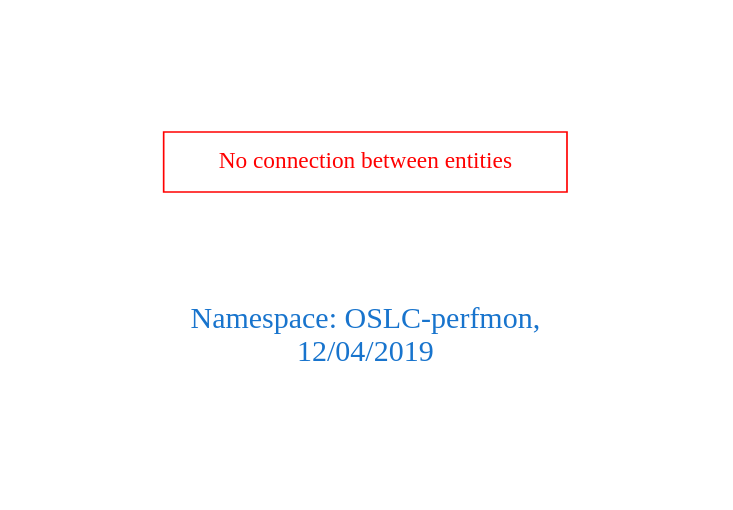
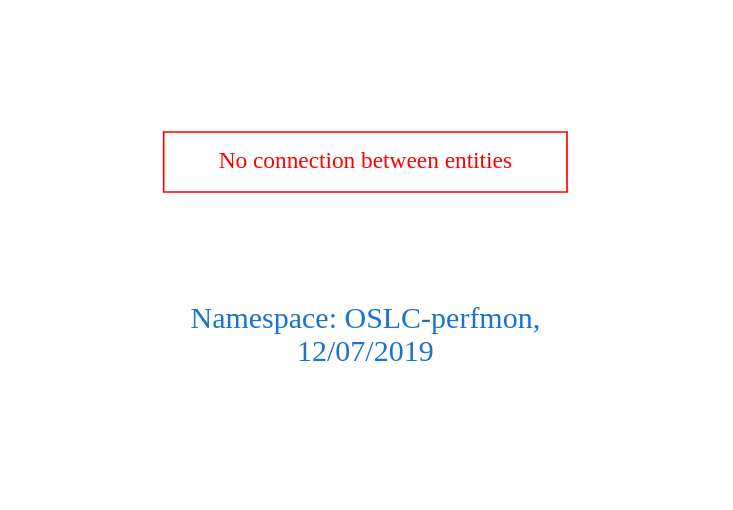
Before and after one commit to arago/OGIT: the diagram in downloads/OSLC-perfmon.dot, drawn with Graphviz. The commit also changed 1662 other files, not shown here.

```diff
--- a/downloads/OSLC-perfmon.dot
+++ b/downloads/OSLC-perfmon.dot
@@ -1,9 +1,9 @@
 digraph OGIT_ontology {
  graph [ rankdir= LR,pad=1 
 fontsize = 18,
-fontcolor= dodgerblue3,label = "\n\n\nNamespace: OSLC-perfmon, \n 12/04/2019"];
+fontcolor= dodgerblue3,label = "\n\n\nNamespace: OSLC-perfmon, \n 12/07/2019"];
 node[shape=polygon];
 edge [  color="gray81"];
 
 "No connection between entities" [fontcolor = "red",color="red", shape="polygon"]
 }
```
